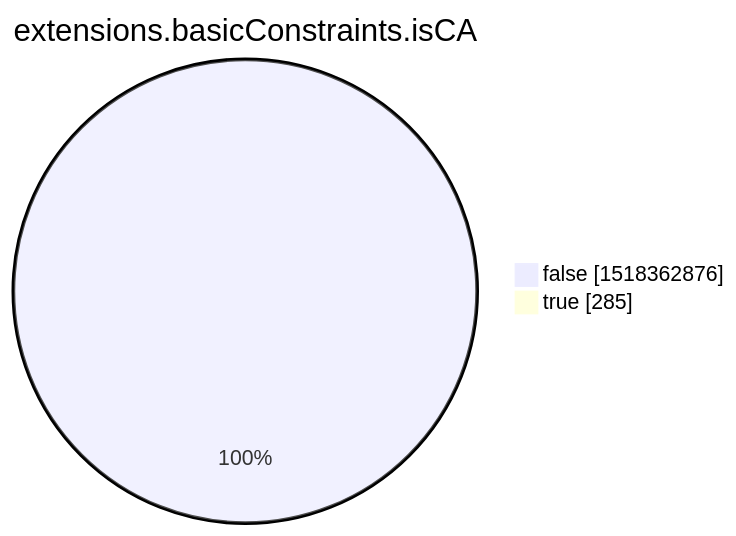
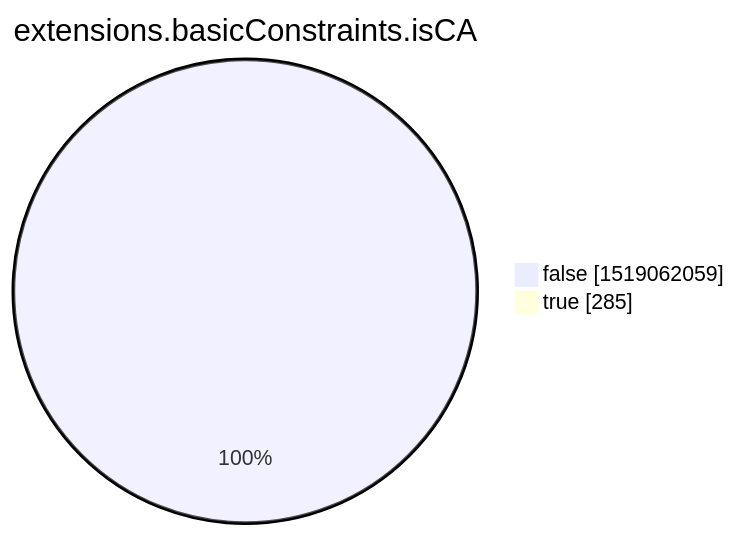
One commit to christiankrug/ctmonitor_visualization changed the eighth of 15 diagrams in xenon2022/README.md. Above: the diagram before and after it, drawn with Mermaid. The commit also changed other lines of this file, not shown here.

````diff
--- a/xenon2022/README.md
+++ b/xenon2022/README.md
@@ -2855,6 +2855,6 @@
 ```mermaid
 pie showData
 title extensions.basicConstraints.isCA
-"false" :1518362876
+"false" :1519062059
 "true" :285
 ```
````
